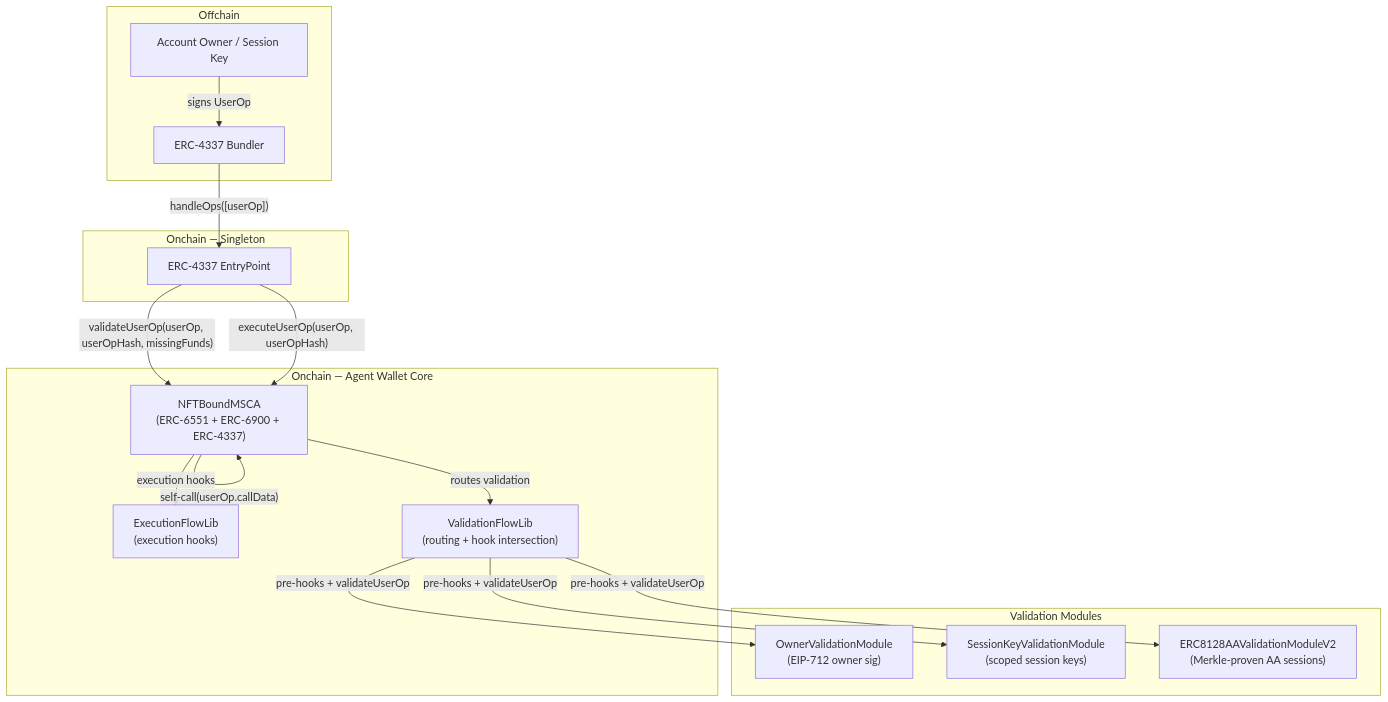
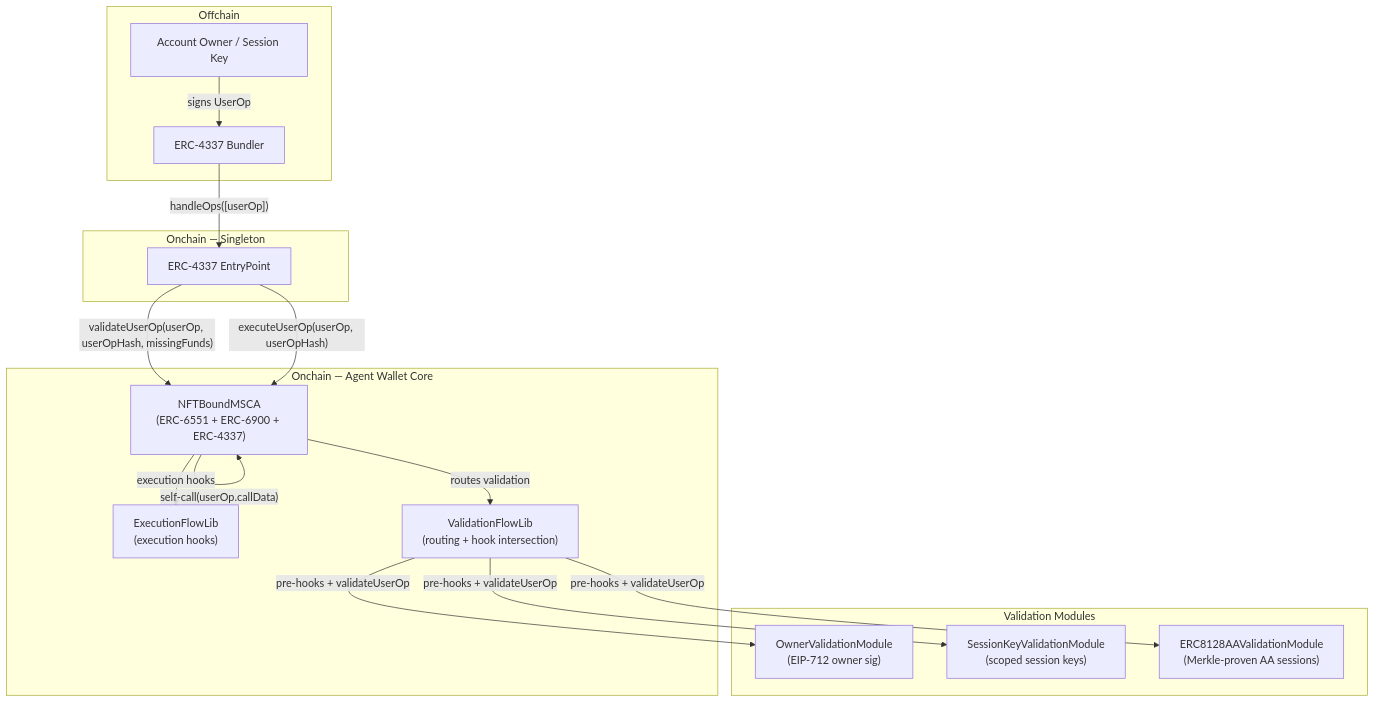
The first of 17 diagrams in docs/ERC4337-Account-Abstraction-Integration-Design.md (EqualFiLabs/agent-wallet-core), drawn with Mermaid before and after one commit. The commit also changed other lines of this file and 16 other files, not shown here.

````diff
--- a/docs/ERC4337-Account-Abstraction-Integration-Design.md
+++ b/docs/ERC4337-Account-Abstraction-Integration-Design.md
@@ -60,34 +60,34 @@
 ```mermaid
 graph TB
     subgraph "Offchain"
         Signer["Account Owner / Session Key"]
         Bundler["ERC-4337 Bundler"]
     end
 
     subgraph "Onchain — Singleton"
         EntryPoint["ERC-4337 EntryPoint"]
     end
 
     subgraph "Onchain — Agent Wallet Core"
         SCA["NFTBoundMSCA<br/>(ERC-6551 + ERC-6900 + ERC-4337)"]
         VFL["ValidationFlowLib<br/>(routing + hook intersection)"]
         EFL["ExecutionFlowLib<br/>(execution hooks)"]
     end
 
     subgraph "Validation Modules"
         OwnerMod["OwnerValidationModule<br/>(EIP-712 owner sig)"]
         SessionMod["SessionKeyValidationModule<br/>(scoped session keys)"]
-        AAMod["ERC8128AAValidationModuleV2<br/>(Merkle-proven AA sessions)"]
+        AAMod["ERC8128AAValidationModule<br/>(Merkle-proven AA sessions)"]
     end
 
     Signer -->|"signs UserOp"| Bundler
     Bundler -->|"handleOps([userOp])"| EntryPoint
     EntryPoint -->|"validateUserOp(userOp, userOpHash, missingFunds)"| SCA
     SCA -->|"routes validation"| VFL
     VFL -->|"pre-hooks + validateUserOp"| OwnerMod
     VFL -->|"pre-hooks + validateUserOp"| SessionMod
     VFL -->|"pre-hooks + validateUserOp"| AAMod
     EntryPoint -->|"executeUserOp(userOp, userOpHash)"| SCA
     SCA -->|"self-call(userOp.callData)"| SCA
     SCA -->|"execution hooks"| EFL
 ```
````
